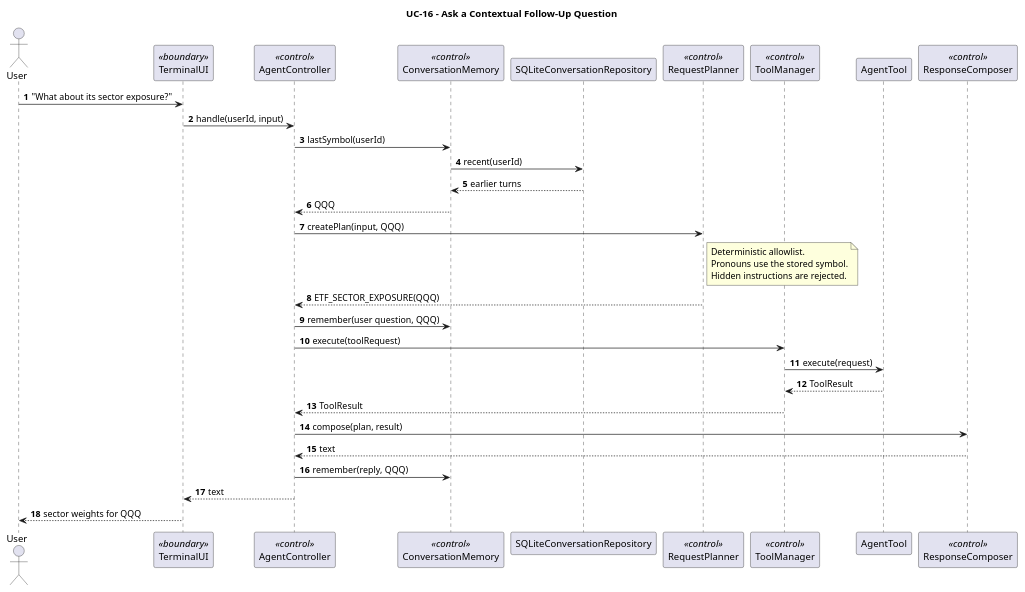
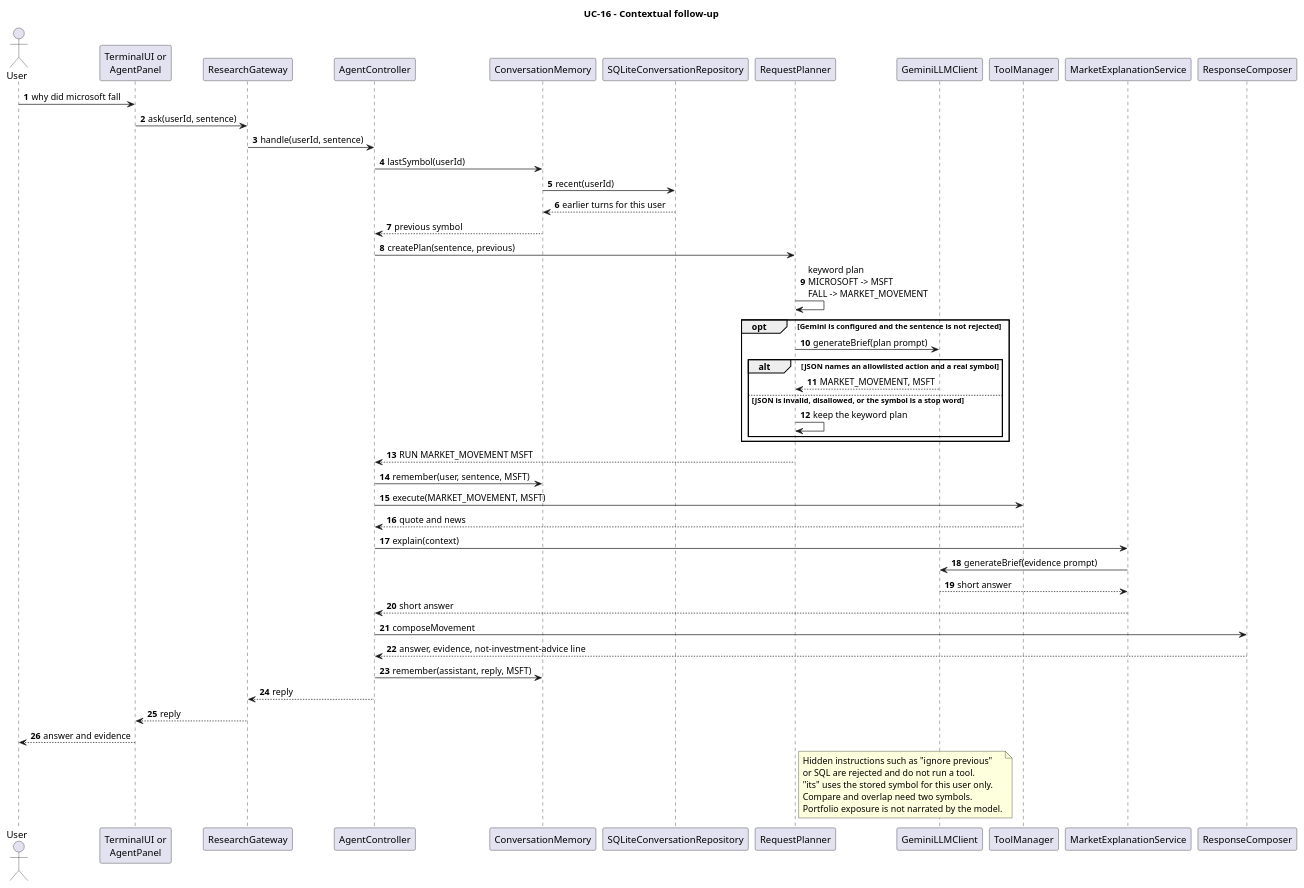
One commit to xAssasinSoulx/market-intelligence-agent changed the diagram in docs/uml/sequence-context-followup.puml. Above: the diagram before and after it, drawn with PlantUML. The commit also changed 27 other files, not shown here.

First line of the commit message:
docs: record the Stage 2 implementation in the report and diagrams

```diff
--- a/docs/uml/sequence-context-followup.puml
+++ b/docs/uml/sequence-context-followup.puml
@@ -1,45 +1,61 @@
 @startuml
-title UC-16 - Ask a Contextual Follow-Up Question
+title UC-16 - Contextual follow-up
 
 autonumber
 
 actor User
+participant "TerminalUI or\nAgentPanel" as UI
+participant ResearchGateway
+participant AgentController
+participant ConversationMemory
+participant SQLiteConversationRepository
+participant RequestPlanner
+participant GeminiLLMClient
+participant ToolManager
+participant MarketExplanationService
+participant ResponseComposer
 
-participant TerminalUI <<boundary>>
-participant AgentController <<control>>
-participant ConversationMemory <<control>>
-participant SQLiteConversationRepository
-participant RequestPlanner <<control>>
-participant ToolManager <<control>>
-participant AgentTool
-participant ResponseComposer <<control>>
-
-User -> TerminalUI : "What about its sector exposure?"
-TerminalUI -> AgentController : handle(userId, input)
-
+User -> UI : why did microsoft fall
+UI -> ResearchGateway : ask(userId, sentence)
+ResearchGateway -> AgentController : handle(userId, sentence)
 AgentController -> ConversationMemory : lastSymbol(userId)
 ConversationMemory -> SQLiteConversationRepository : recent(userId)
-SQLiteConversationRepository --> ConversationMemory : earlier turns
-ConversationMemory --> AgentController : QQQ
+SQLiteConversationRepository --> ConversationMemory : earlier turns for this user
+ConversationMemory --> AgentController : previous symbol
 
-AgentController -> RequestPlanner : createPlan(input, QQQ)
+AgentController -> RequestPlanner : createPlan(sentence, previous)
+RequestPlanner -> RequestPlanner : keyword plan\nMICROSOFT -> MSFT\nFALL -> MARKET_MOVEMENT
+
+opt Gemini is configured and the sentence is not rejected
+    RequestPlanner -> GeminiLLMClient : generateBrief(plan prompt)
+    alt JSON names an allowlisted action and a real symbol
+        GeminiLLMClient --> RequestPlanner : MARKET_MOVEMENT, MSFT
+    else JSON is invalid, disallowed, or the symbol is a stop word
+        RequestPlanner -> RequestPlanner : keep the keyword plan
+    end
+end
+
+RequestPlanner --> AgentController : RUN MARKET_MOVEMENT MSFT
+AgentController -> ConversationMemory : remember(user, sentence, MSFT)
+AgentController -> ToolManager : execute(MARKET_MOVEMENT, MSFT)
+ToolManager --> AgentController : quote and news
+AgentController -> MarketExplanationService : explain(context)
+MarketExplanationService -> GeminiLLMClient : generateBrief(evidence prompt)
+GeminiLLMClient --> MarketExplanationService : short answer
+MarketExplanationService --> AgentController : short answer
+AgentController -> ResponseComposer : composeMovement
+ResponseComposer --> AgentController : answer, evidence, not-investment-advice line
+AgentController -> ConversationMemory : remember(assistant, reply, MSFT)
+AgentController --> ResearchGateway : reply
+ResearchGateway --> UI : reply
+UI --> User : answer and evidence
+
 note right of RequestPlanner
-  Deterministic allowlist.
-  Pronouns use the stored symbol.
-  Hidden instructions are rejected.
+  Hidden instructions such as "ignore previous"
+  or SQL are rejected and do not run a tool.
+  "its" uses the stored symbol for this user only.
+  Compare and overlap need two symbols.
+  Portfolio exposure is not narrated by the model.
 end note
-RequestPlanner --> AgentController : ETF_SECTOR_EXPOSURE(QQQ)
-
-AgentController -> ConversationMemory : remember(user question, QQQ)
-AgentController -> ToolManager : execute(toolRequest)
-ToolManager -> AgentTool : execute(request)
-AgentTool --> ToolManager : ToolResult
-ToolManager --> AgentController : ToolResult
-
-AgentController -> ResponseComposer : compose(plan, result)
-ResponseComposer --> AgentController : text
-AgentController -> ConversationMemory : remember(reply, QQQ)
-AgentController --> TerminalUI : text
-TerminalUI --> User : sector weights for QQQ
 
 @enduml
```
